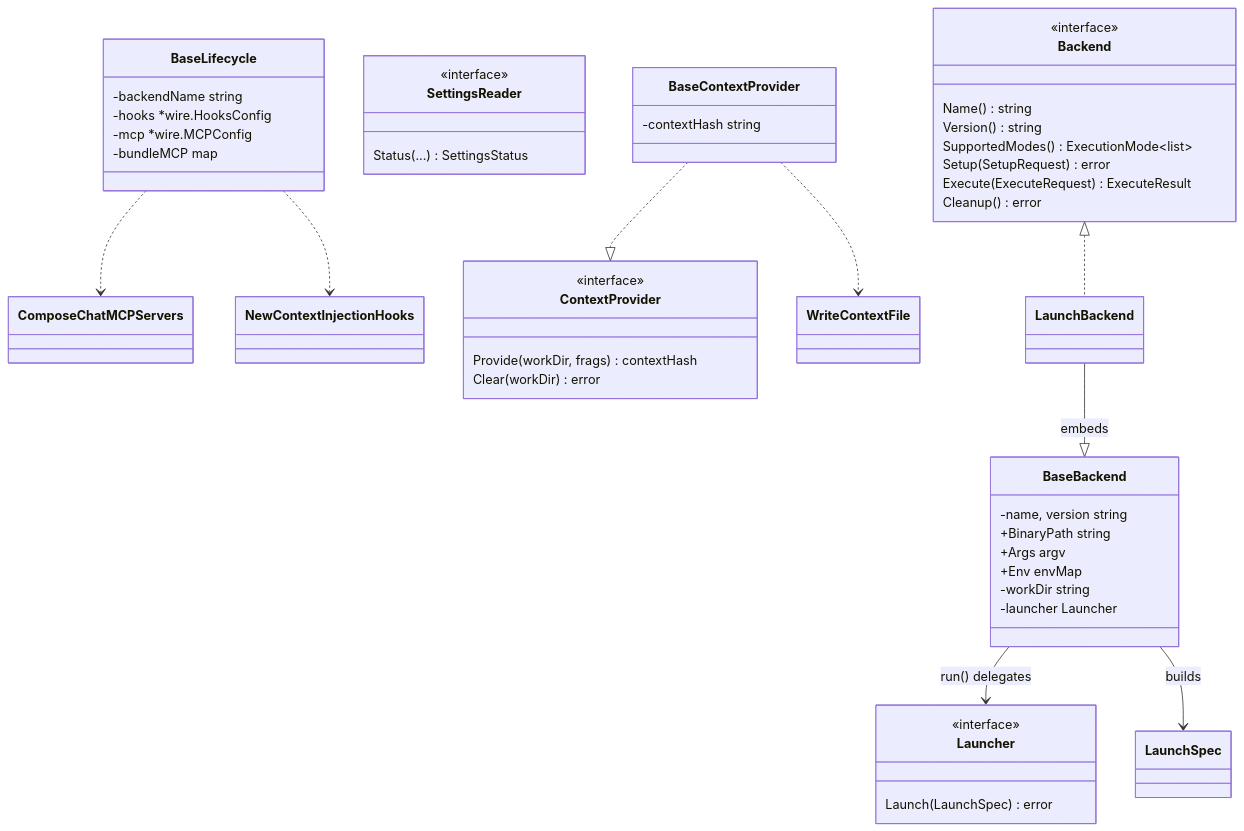
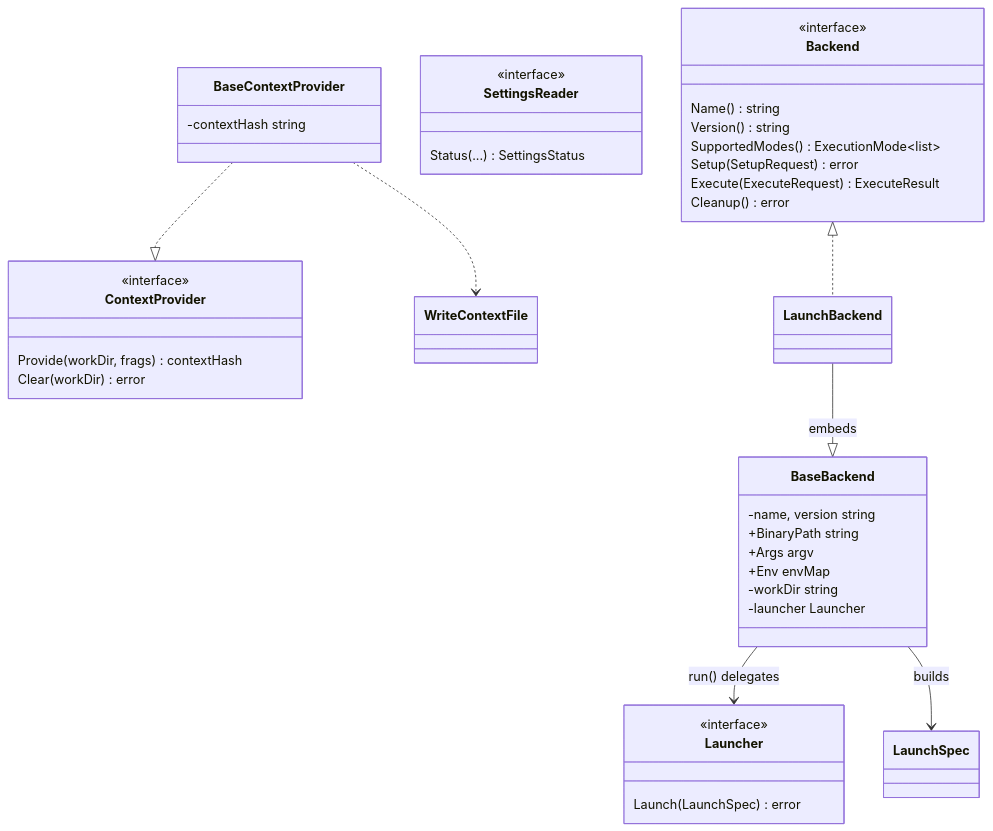
One commit to ctxloom/ctxloom changed the diagram in docs/architecture/shared/agent-backend-contract.md. Above: the diagram before and after it, drawn with Mermaid. The commit also changed other lines of this file and 12 other files, not shown here.

````diff
--- a/docs/architecture/shared/agent-backend-contract.md
+++ b/docs/architecture/shared/agent-backend-contract.md
@@ -5,54 +5,46 @@
 ```mermaid
 classDiagram
     class Backend {
         <<interface>>
         Name() string
         Version() string
         SupportedModes() ExecutionMode~list~
         Setup(SetupRequest) error
         Execute(ExecuteRequest) ExecuteResult
         Cleanup() error
     }
     class ContextProvider {
         <<interface>>
         Provide(workDir, frags) contextHash
         Clear(workDir) error
     }
     class SettingsReader {
         <<interface>>
         Status(...) SettingsStatus
     }
     class Launcher {
         <<interface>>
         Launch(LaunchSpec) error
     }
 
     class BaseBackend {
         -name, version string
         +BinaryPath string
         +Args argv
         +Env envMap
         -workDir string
         -launcher Launcher
     }
-    class BaseLifecycle {
-        -backendName string
-        -hooks *wire.HooksConfig
-        -mcp *wire.MCPConfig
-        -bundleMCP map
-    }
     class BaseContextProvider {
         -contextHash string
     }
 
     BaseBackend --> Launcher : run() delegates
     BaseBackend --> LaunchSpec : builds
     BaseContextProvider ..|> ContextProvider
-    BaseLifecycle ..> ComposeChatMCPServers
-    BaseLifecycle ..> NewContextInjectionHooks
     BaseContextProvider ..> WriteContextFile
 
     class LaunchBackend
     LaunchBackend --|> BaseBackend : embeds
     Backend <|.. LaunchBackend
 ```
````
